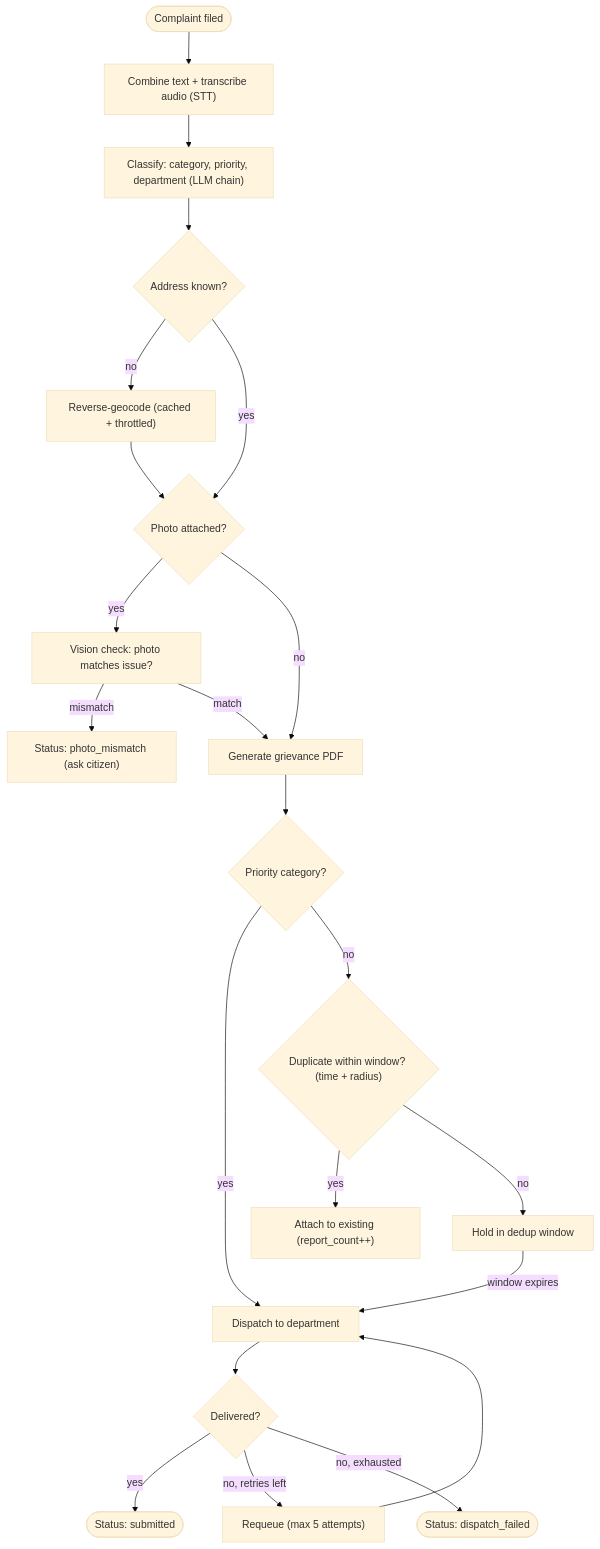
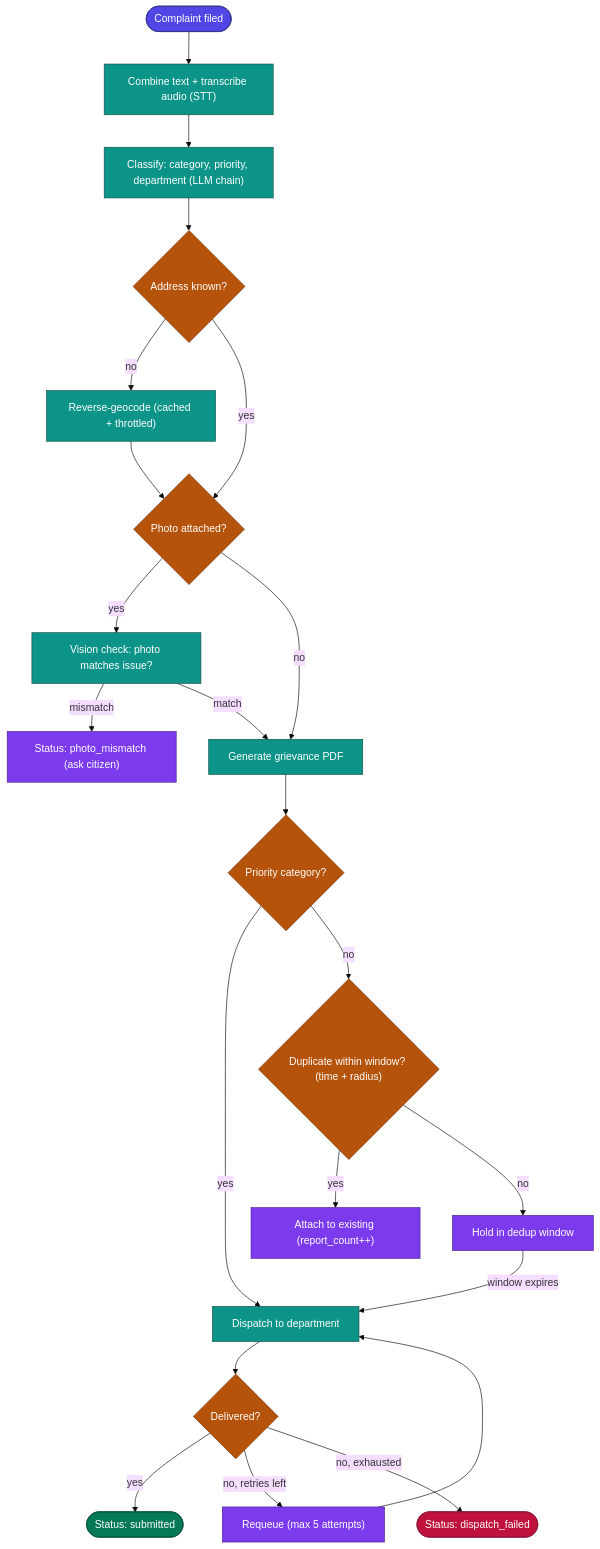
One commit to tushar-mahalya/Jan-Setu changed the second of 8 diagrams in README.md. Above: the diagram before and after it, drawn with Mermaid (base theme). The commit also changed other lines of this file, not shown here.

Commit message:
chore: enhance flowchart styling in README for better clarity

````diff
--- a/README.md
+++ b/README.md
@@ -212,24 +222,37 @@
 ```mermaid
 flowchart TD
     START(["Complaint filed"]) --> COMBINE["Combine text + transcribe audio (STT)"]
     COMBINE --> CLASSIFY["Classify: category, priority, department (LLM chain)"]
     CLASSIFY --> GEO{"Address known?"}
     GEO -- "no" --> RGEO["Reverse-geocode (cached + throttled)"]
     GEO -- "yes" --> IMG
     RGEO --> IMG{"Photo attached?"}
     IMG -- "yes" --> MATCH["Vision check: photo matches issue?"]
     IMG -- "no" --> PDF
     MATCH -- "mismatch" --> HOLD["Status: photo_mismatch (ask citizen)"]
     MATCH -- "match" --> PDF["Generate grievance PDF"]
     PDF --> PRIO{"Priority category?"}
     PRIO -- "yes" --> DISPATCH
     PRIO -- "no" --> DEDUP{"Duplicate within window? (time + radius)"}
     DEDUP -- "yes" --> DUP["Attach to existing (report_count++)"]
     DEDUP -- "no" --> WINDOW["Hold in dedup window"]
     WINDOW -->|"window expires"| DISPATCH["Dispatch to department"]
     DISPATCH --> RESULT{"Delivered?"}
     RESULT -- "yes" --> DONE(["Status: submitted"])
     RESULT -- "no, retries left" --> RETRY["Requeue (max 5 attempts)"]
     RETRY --> DISPATCH
     RESULT -- "no, exhausted" --> FAIL(["Status: dispatch_failed"])
+
+    classDef start fill:#4f46e5,stroke:#312e81,color:#ffffff;
+    classDef proc fill:#0d9488,stroke:#134e4a,color:#ffffff;
+    classDef decision fill:#b45309,stroke:#78350f,color:#ffffff;
+    classDef hold fill:#7c3aed,stroke:#4c1d95,color:#ffffff;
+    classDef success fill:#047857,stroke:#064e3b,color:#ffffff;
+    classDef fail fill:#be123c,stroke:#881337,color:#ffffff;
+    class START start;
+    class COMBINE,CLASSIFY,RGEO,MATCH,PDF,DISPATCH proc;
+    class GEO,IMG,PRIO,DEDUP,RESULT decision;
+    class HOLD,WINDOW,DUP,RETRY hold;
+    class DONE success;
+    class FAIL fail;
 ```
````
